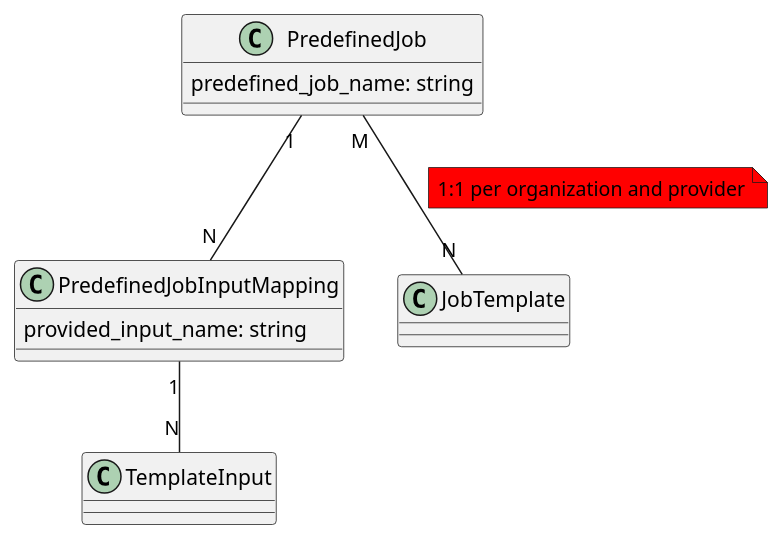
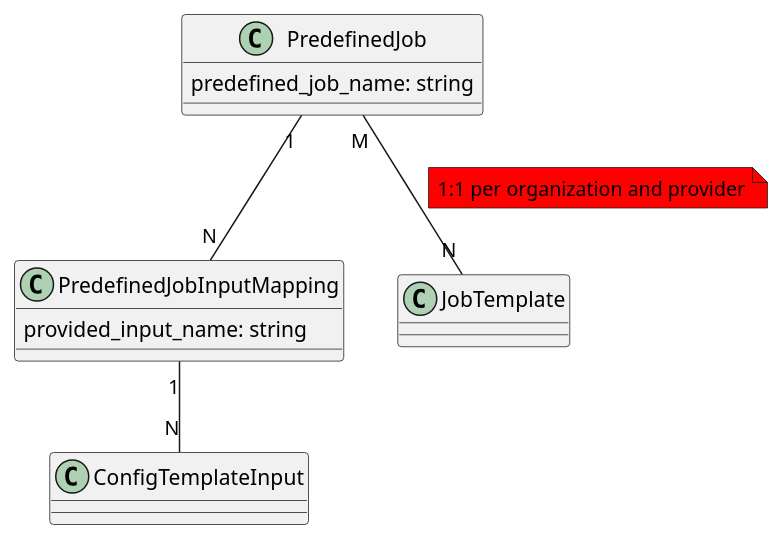
Diagram 12 of 14 in doc/source/design/index.md (theforeman/foreman_remote_execution), drawn with PlantUML before and after one commit. The commit also changed other lines of this file, not shown here.

```diff
--- a/doc/source/design/index.md
+++ b/doc/source/design/index.md
@@ -1002,16 +1000,16 @@
 {% plantuml %}
 
 class PredefinedJob {
   predefined_job_name: string
 }
 
 class PredefinedJobInputMapping {
   provided_input_name: string
 }
 
 PredefinedJob "1" -- "N" PredefinedJobInputMapping
-PredefinedJobInputMapping "1" -- "N" TemplateInput
+PredefinedJobInputMapping "1" -- "N" ConfigTemplateInput
 PredefinedJob "M" -- "N" JobTemplate
 note on link #red: 1:1 per organization and provider
 
 {% endplantuml %}
```
